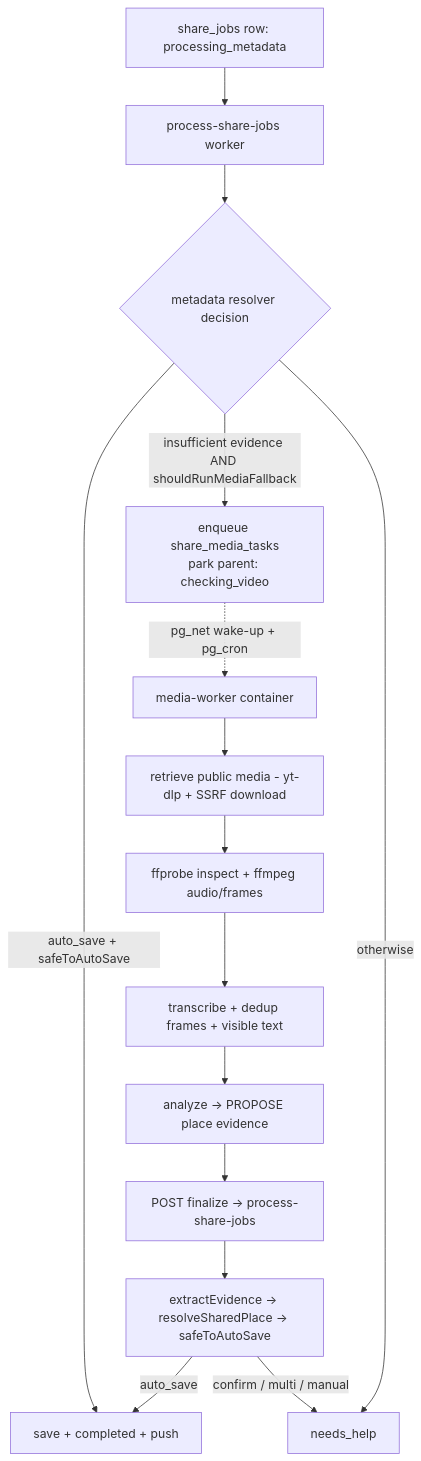
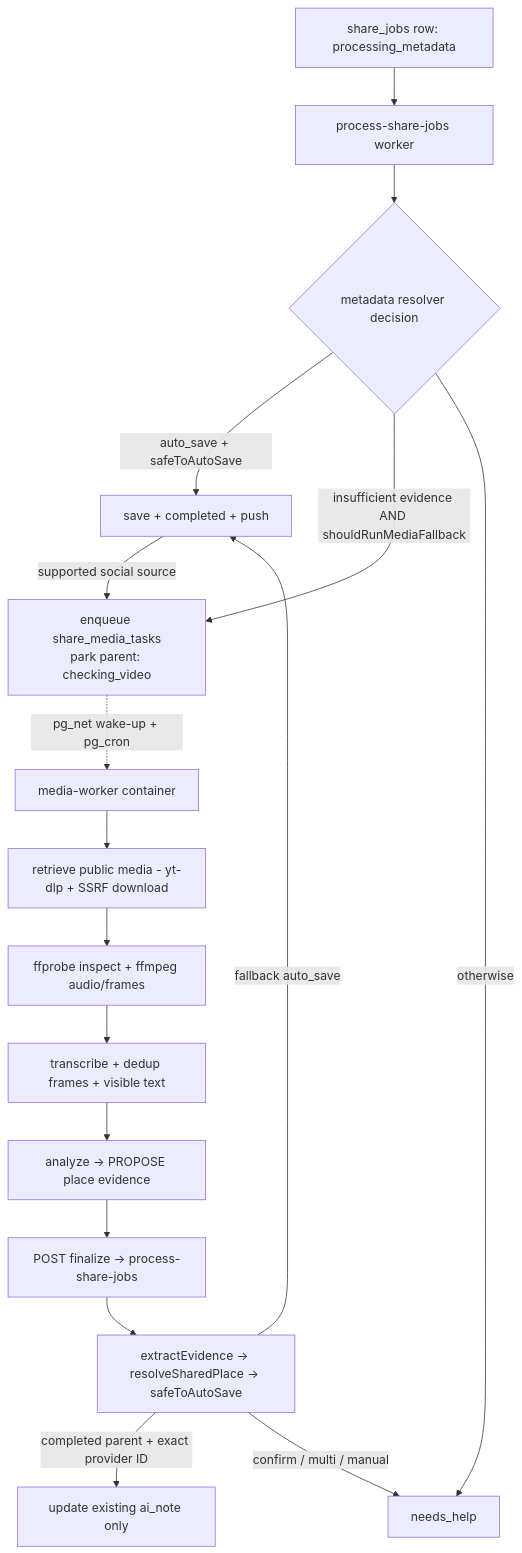
The first of 2 diagrams in docs/MEDIA_FALLBACK.md (AndrewMahran7/Nearr), drawn with Mermaid before and after one commit. The commit also changed other lines of this file and 14 other files, not shown here.

Commit message:
fix(phase2): enrich every social save after resolution

````diff
--- a/docs/MEDIA_FALLBACK.md
+++ b/docs/MEDIA_FALLBACK.md
@@ -26,17 +25,19 @@
 ```mermaid
 flowchart TD
   A[share_jobs row: processing_metadata] --> B[process-share-jobs worker]
   B --> C{metadata resolver decision}
   C -->|auto_save + safeToAutoSave| D[save + completed + push]
+  D -->|supported social source| E
   C -->|insufficient evidence AND shouldRunMediaFallback| E[enqueue share_media_tasks\npark parent: checking_video]
   C -->|otherwise| F[needs_help]
   E -.pg_net wake-up + pg_cron.-> G[media-worker container]
   G --> H[retrieve public media - yt-dlp + SSRF download]
   H --> I[ffprobe inspect + ffmpeg audio/frames]
   I --> J[transcribe + dedup frames + visible text]
   J --> K[analyze -> PROPOSE place evidence]
   K --> L[POST finalize -> process-share-jobs]
   L --> M[extractEvidence -> resolveSharedPlace -> safeToAutoSave]
-  M -->|auto_save| D
+  M -->|fallback auto_save| D
+  M -->|completed parent + exact provider ID| N[update existing ai_note only]
   M -->|confirm / multi / manual| F
 ```
````
